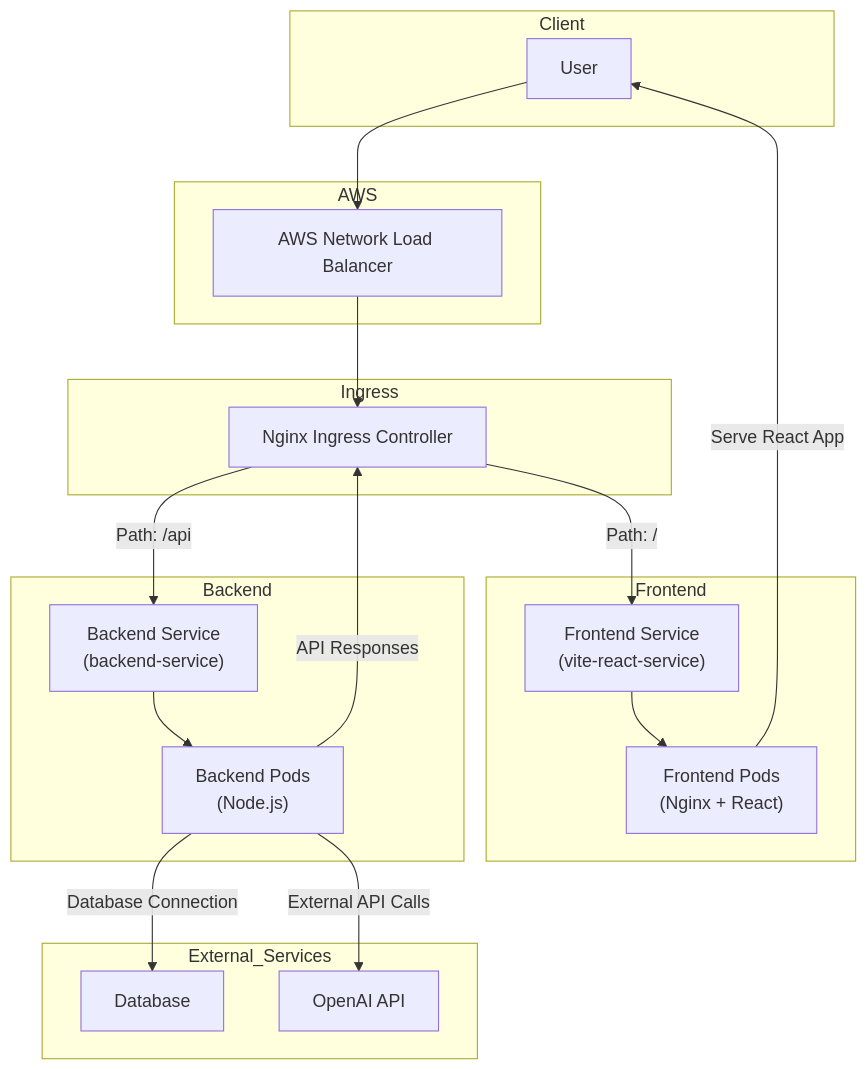
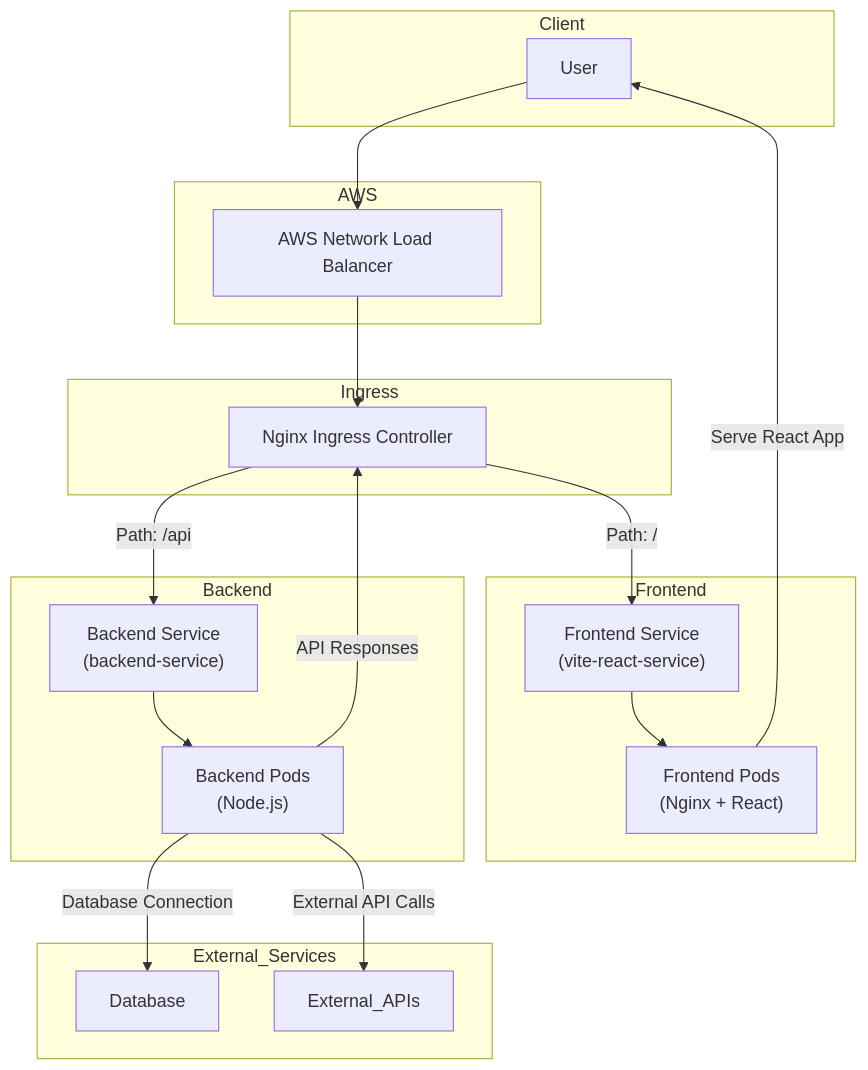
The second of 2 diagrams in readme.md (barmoshe/Wix-devops-workshop-final-project), drawn with Mermaid before and after one commit.

````diff
--- a/readme.md
+++ b/readme.md
@@ -208,40 +208,40 @@
 ```mermaid
 graph TD
     subgraph Client
         User
     end
 
     subgraph AWS
         NLB["AWS Network Load Balancer"]
     end
 
     subgraph Ingress
         IngressController["Nginx Ingress Controller"]
     end
 
     subgraph Frontend
         FrontendService["Frontend Service<br>(vite-react-service)"]
         FrontendPods["Frontend Pods<br>(Nginx + React)"]
     end
 
     subgraph Backend
         BackendService["Backend Service<br>(backend-service)"]
         BackendPods["Backend Pods<br>(Node.js)"]
     end
 
     subgraph External_Services
         Database["Database"]
-        OpenAI_API["OpenAI API"]
+        External_APIs["External_APIs"]
     end
 
     User --> NLB
     NLB --> IngressController
     IngressController -->|"Path: /"| FrontendService
     IngressController -->|"Path: /api"| BackendService
     FrontendService --> FrontendPods
     BackendService --> BackendPods
     FrontendPods -->|"Serve React App"| User
     BackendPods -->|"API Responses"| IngressController
     BackendPods -->|"Database Connection"| Database
-    BackendPods -->|"External API Calls"| OpenAI_API
+    BackendPods -->|"External API Calls"| External_APIs
 ```
````
